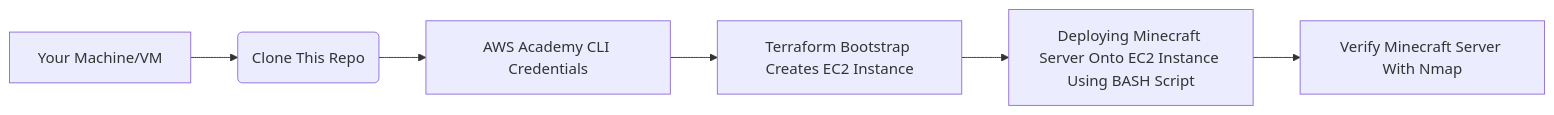
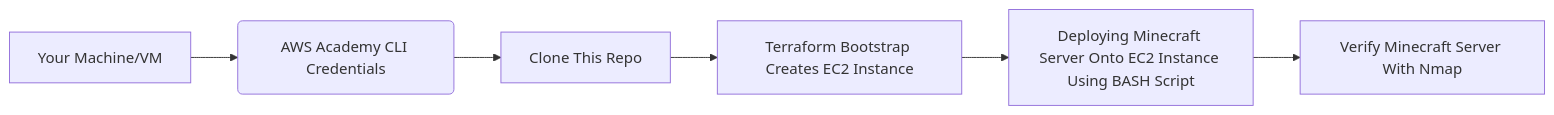
The diagram in README.md (Angela0wu0/CS312-Project2), drawn with Mermaid before and after one commit. The commit also changed other lines of this file, not shown here.

````diff
--- a/README.md
+++ b/README.md
@@ -37,8 +37,8 @@
 ```mermaid
 graph LR
-    A[Your Machine/VM] --> B(Clone This Repo)
-    B --> C[AWS Academy CLI Credentials]
+    A[Your Machine/VM] --> B(AWS Academy CLI Credentials)
+    B --> C[Clone This Repo]
     C --> D[Terraform Bootstrap Creates EC2 Instance]
     D --> E[Deploying Minecraft Server Onto EC2 Instance Using BASH Script]
     E --> F[Verify Minecraft Server With Nmap]
 ```
````
